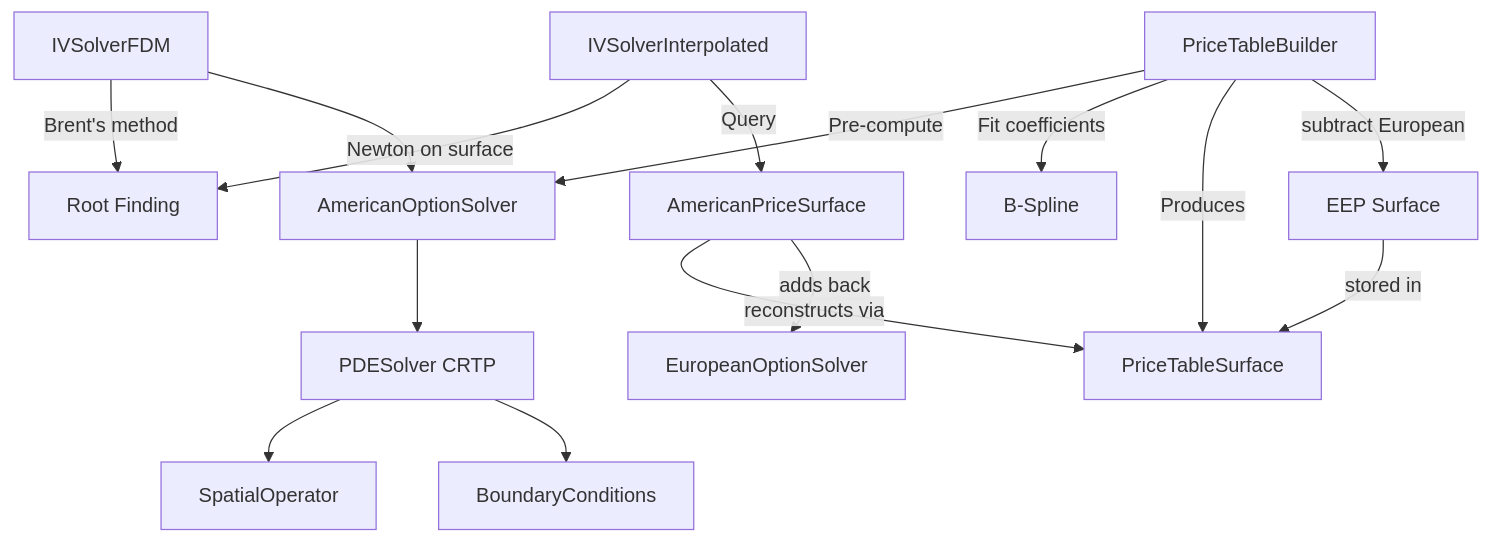
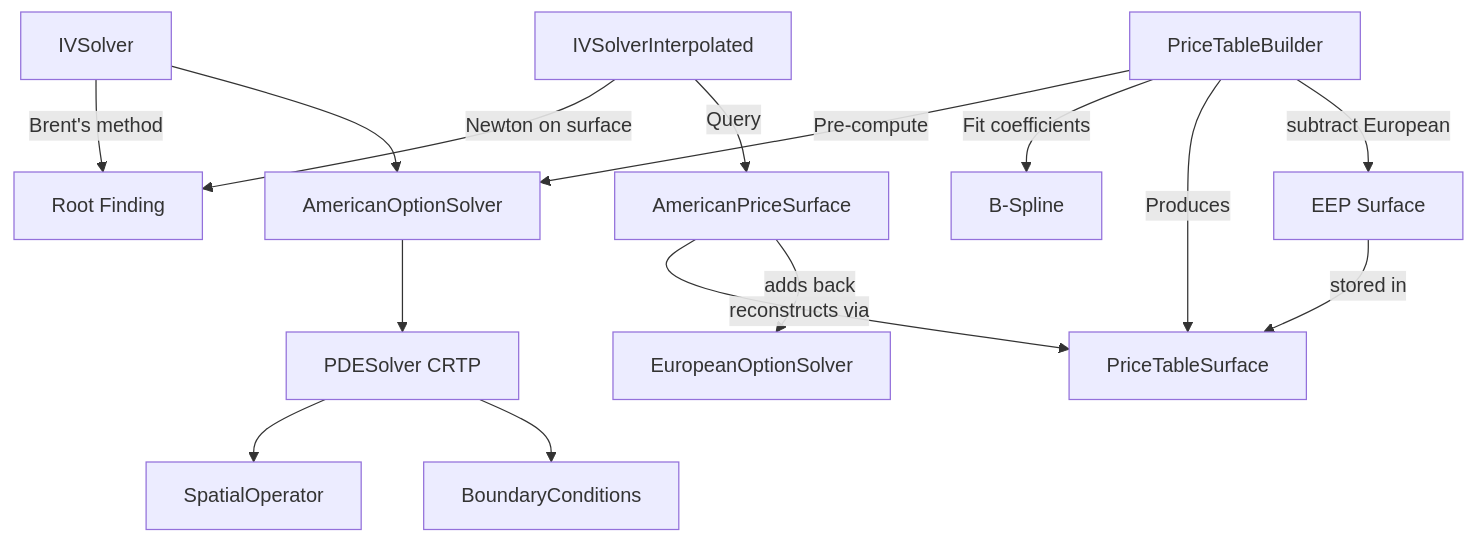
Before and after one commit to accelas/mango-option: the first of 4 diagrams in docs/ARCHITECTURE.md, drawn with Mermaid. The commit also changed other lines of this file and 37 other files, not shown here.

First line of the commit message:
Rename IV solver core: IVSolverFDM → IVSolver, factory → AnyIVSolver

````diff
--- a/docs/ARCHITECTURE.md
+++ b/docs/ARCHITECTURE.md
@@ -26,17 +26,17 @@
 ```mermaid
 graph TD
-    IV[IVSolverFDM] -->|Brent's method| ROOT[Root Finding]
+    IV[IVSolver] -->|Brent's method| ROOT[Root Finding]
     IV --> AO[AmericanOptionSolver]
     AO --> PDE[PDESolver CRTP]
     PDE --> OPS[SpatialOperator]
     PDE --> BC[BoundaryConditions]
     PTABLE[PriceTableBuilder] -->|Pre-compute| AO
     PTABLE -->|Fit coefficients| SPLINE[B-Spline]
     PTABLE -->|Produces| SURFACE[PriceTableSurface]
     PTABLE -->|subtract European| EEP[EEP Surface]
     EEP -->|stored in| SURFACE
     APS[AmericanPriceSurface] -->|reconstructs via| SURFACE
     APS -->|adds back| EU[EuropeanOptionSolver]
     IVFAST[IVSolverInterpolated] -->|Newton on surface| ROOT
     IVFAST -->|Query| APS
 ```
````
